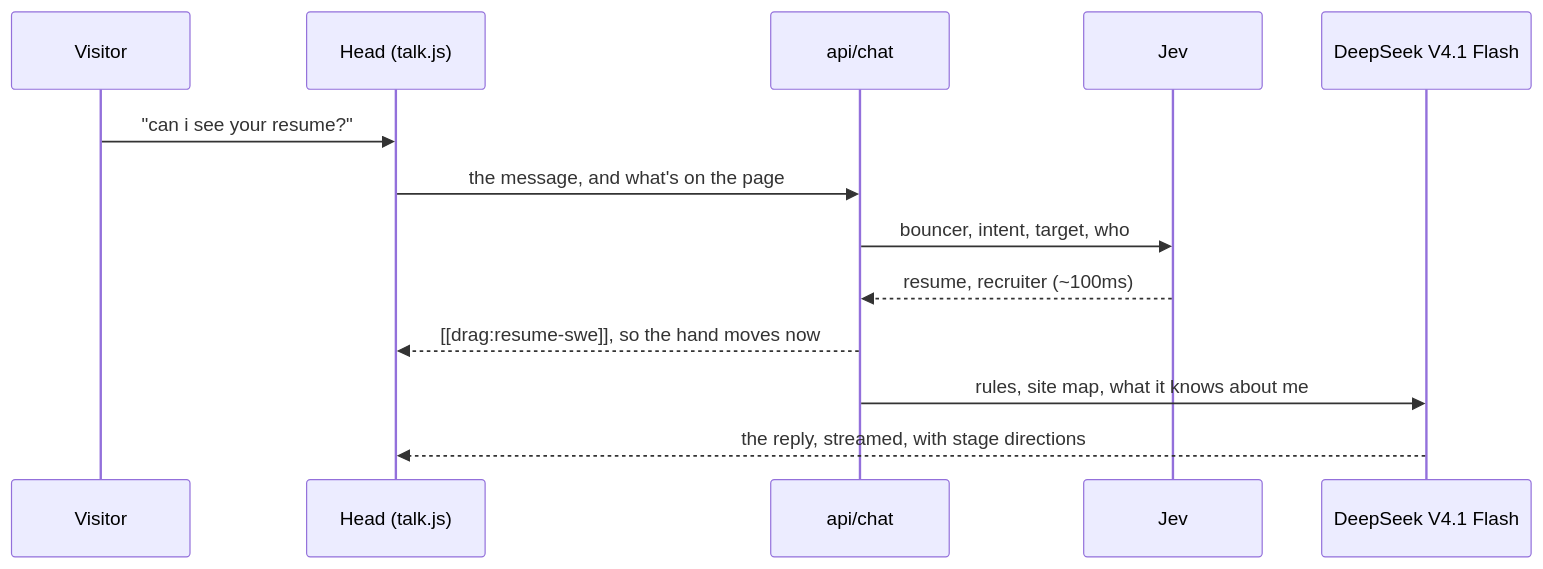
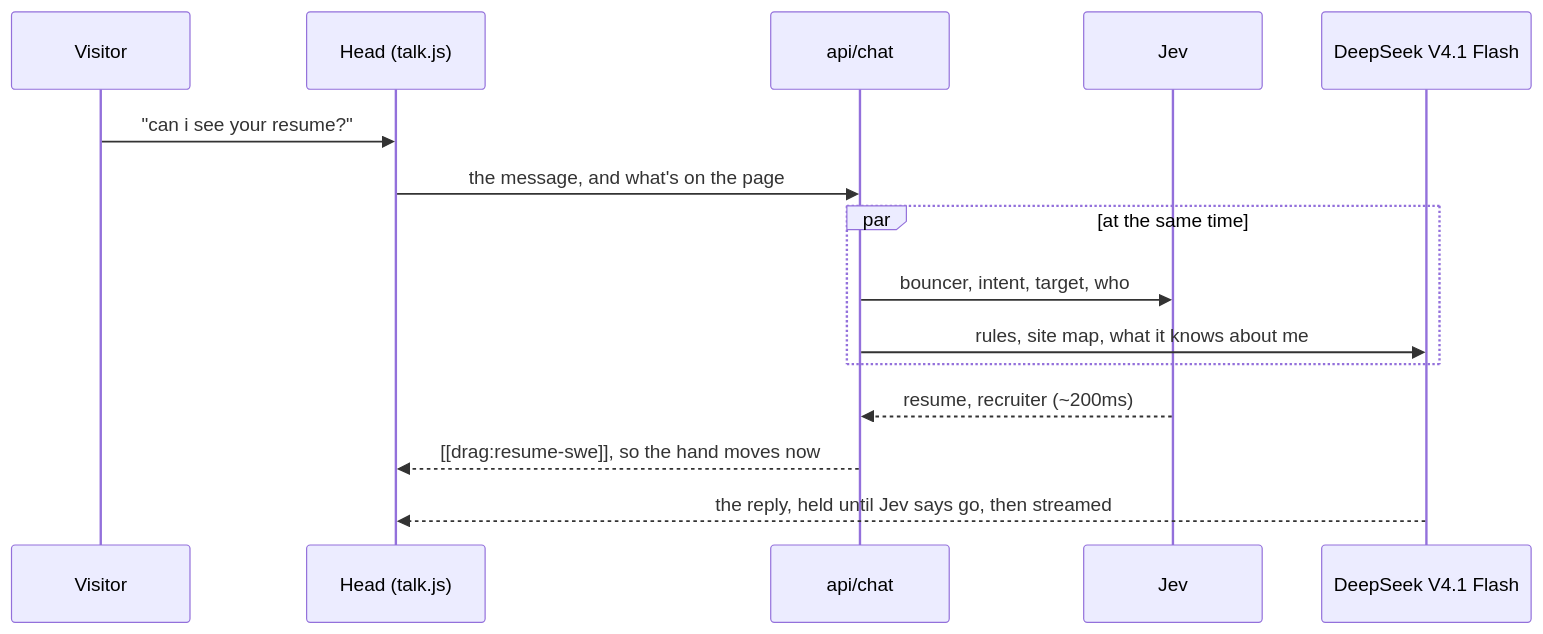
The first of 4 diagrams in README.md (dahan8473/dahan8473.github.io), drawn with Mermaid before and after one commit. The commit also changed other lines of this file and 64 other files, not shown here.

````diff
--- a/README.md
+++ b/README.md
@@ -57,15 +57,17 @@
 ```mermaid
 sequenceDiagram
   participant V as Visitor
   participant H as Head (talk.js)
   participant C as api/chat
   participant J as Jev
   participant G as DeepSeek V4.1 Flash
   V->>H: "can i see your resume?"
   H->>C: the message, and what's on the page
-  C->>J: bouncer, intent, target, who
-  J-->>C: resume, recruiter (~100ms)
+  par at the same time
+    C->>J: bouncer, intent, target, who
+    C->>G: rules, site map, what it knows about me
+  end
+  J-->>C: resume, recruiter (~200ms)
   C-->>H: [[drag:resume-swe]], so the hand moves now
-  C->>G: rules, site map, what it knows about me
-  G-->>H: the reply, streamed, with stage directions
+  G-->>H: the reply, held until Jev says go, then streamed
 ```
````
